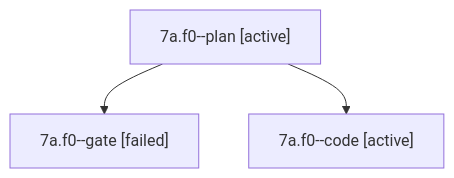
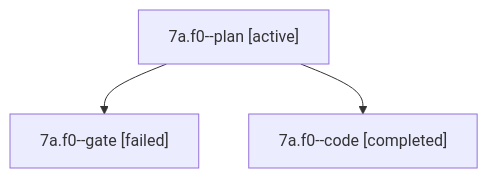
One commit to bobs-org/bob-cli--agents changed the diagram in sessions/bbugyi200.apollo.7a.f0.md. Above: the diagram before and after it, drawn with Mermaid. The commit also changed other lines of this file and 11 other files, not shown here.

````diff
--- a/sessions/bbugyi200.apollo.7a.f0.md
+++ b/sessions/bbugyi200.apollo.7a.f0.md
@@ -9,8 +9,8 @@
 ```mermaid
 flowchart TD
   n0["7a.f0--plan [active]"]
   n1["7a.f0--gate [failed]"]
   n0 --> n1
-  n2["7a.f0--code [active]"]
+  n2["7a.f0--code [completed]"]
   n0 --> n2
 ```
````
